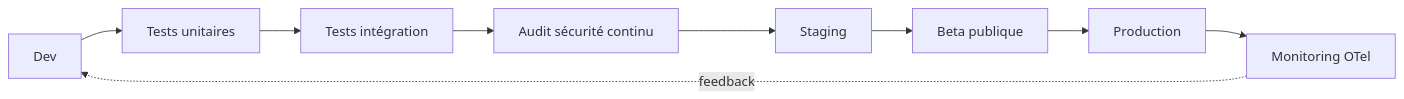
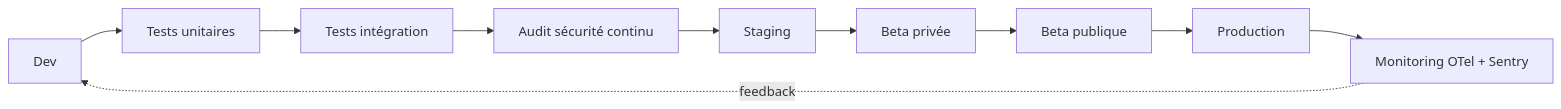
Before and after one commit to Pixnop/tangible: the second of 2 diagrams in content/06 - Technique/Roadmap Technique.md, drawn with Mermaid. The commit also changed other lines of this file and 13 other files, not shown here.

````diff
--- a/content/06 - Technique/Roadmap Technique.md
+++ b/content/06 - Technique/Roadmap Technique.md
@@ -113,11 +185,12 @@
 ```mermaid
 graph LR
     A[Dev] --> B[Tests unitaires]
     B --> C[Tests intégration]
     C --> D[Audit sécurité continu]
     D --> E[Staging]
-    E --> F[Beta publique]
-    F --> G[Production]
-    G --> H[Monitoring OTel]
-    H -.feedback.-> A
+    E --> F[Beta privée]
+    F --> G[Beta publique]
+    G --> H[Production]
+    H --> I[Monitoring OTel + Sentry]
+    I -.feedback.-> A
 ```
````
